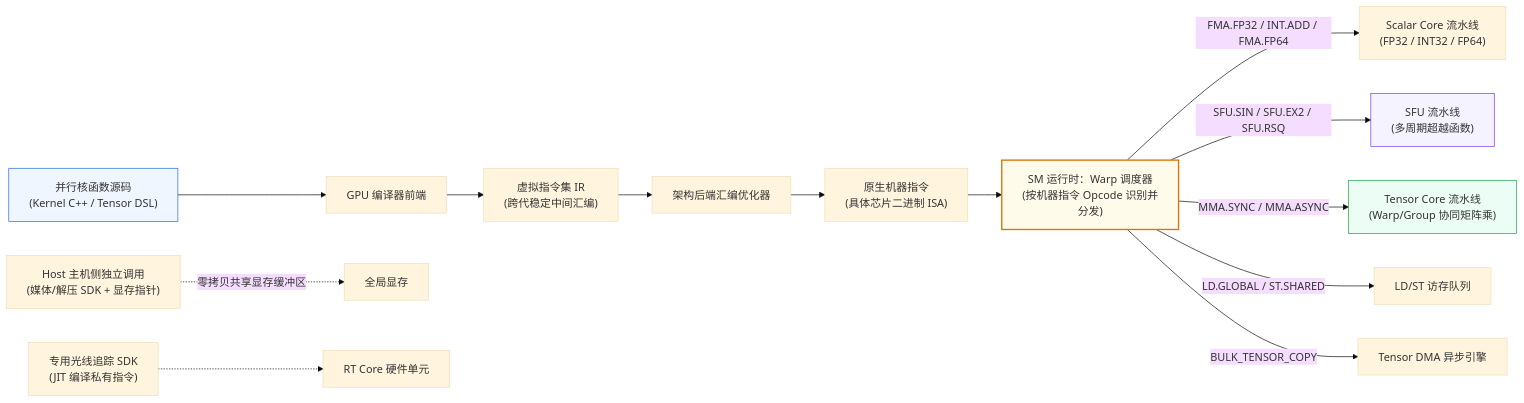
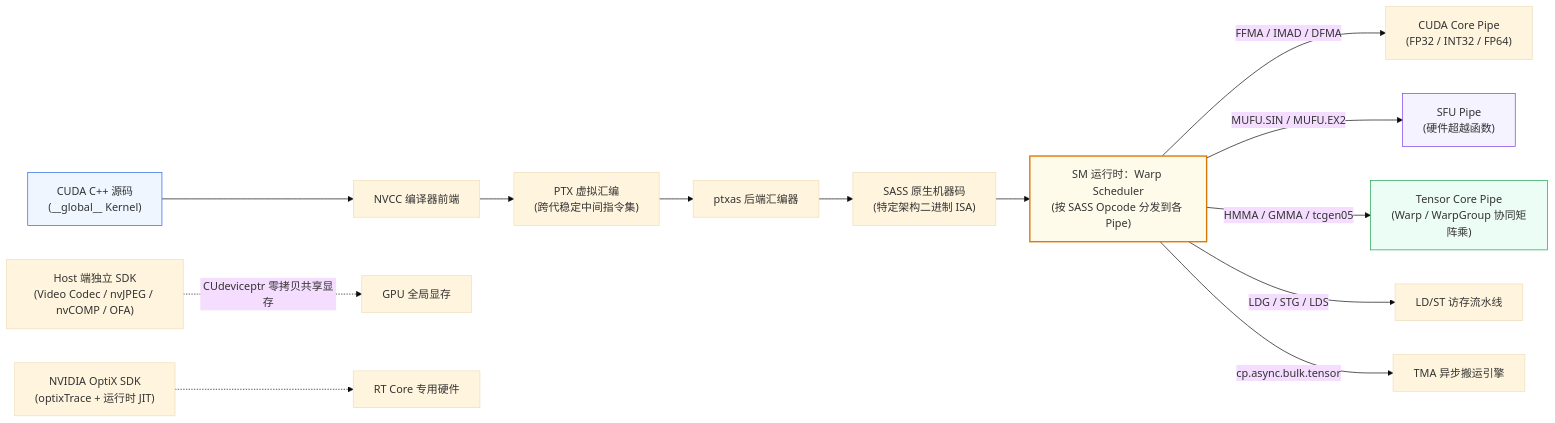
One commit to hqu-little-boy/blog changed the third of 7 diagrams in src/content/posts/gpu-heterogeneous-cores-programming-and-tensor-core-architecture-guide.md. Above: the diagram before and after it, drawn with Mermaid (base theme). The commit also changed other lines of this file, not shown here.

Commit message:
docs: 恢复 NVIDIA GPU 真实架构、CUDA/PTX/SASS 与官方 API/SDK 完整细节

````diff
--- a/src/content/posts/gpu-heterogeneous-cores-programming-and-tensor-core-architecture-guide.md
+++ b/src/content/posts/gpu-heterogeneous-cores-programming-and-tensor-core-architecture-guide.md
@@ -266,22 +246,22 @@
 ```mermaid
 flowchart LR
-    Src["并行核函数源码<br/>(Kernel C++ / Tensor DSL)"] --> FE["GPU 编译器前端"]
-    FE --> VISA["虚拟指令集 IR<br/>(跨代稳定中间汇编)"]
-    VISA --> BE["架构后端汇编优化器"]
-    BE --> NISA["原生机器指令<br/>(具体芯片二进制 ISA)"]
-    NISA --> Sched["SM 运行时：Warp 调度器<br/>(按机器指令 Opcode 识别并分发)"]
+    Src["CUDA C++ 源码<br/>(__global__ Kernel)"] --> NVCC["NVCC 编译器前端"]
+    NVCC --> PTX["PTX 虚拟汇编<br/>(跨代稳定中间指令集)"]
+    PTX --> PTXAS["ptxas 后端汇编器"]
+    PTXAS --> SASS["SASS 原生机器码<br/>(特定架构二进制 ISA)"]
+    SASS --> WS["SM 运行时：Warp Scheduler<br/>(按 SASS Opcode 分发到各 Pipe)"]
 
-    Sched -->|"FMA.FP32 / INT.ADD / FMA.FP64"| P1["Scalar Core 流水线<br/>(FP32 / INT32 / FP64)"]
-    Sched -->|"SFU.SIN / SFU.EX2 / SFU.RSQ"| P2["SFU 流水线<br/>(多周期超越函数)"]
-    Sched -->|"MMA.SYNC / MMA.ASYNC"| P3["Tensor Core 流水线<br/>(Warp/Group 协同矩阵乘)"]
-    Sched -->|"LD.GLOBAL / ST.SHARED"| P4["LD/ST 访存队列"]
-    Sched -->|"BULK_TENSOR_COPY"| P5["Tensor DMA 异步引擎"]
+    WS -->|"FFMA / IMAD / DFMA"| P1["CUDA Core Pipe<br/>(FP32 / INT32 / FP64)"]
+    WS -->|"MUFU.SIN / MUFU.EX2"| P2["SFU Pipe<br/>(硬件超越函数)"]
+    WS -->|"HMMA / GMMA / tcgen05"| P3["Tensor Core Pipe<br/>(Warp / WarpGroup 协同矩阵乘)"]
+    WS -->|"LDG / STG / LDS"| P4["LD/ST 访存流水线"]
+    WS -->|"cp.async.bulk.tensor"| P5["TMA 异步搬运引擎"]
 
-    Host["Host 主机侧独立调用<br/>(媒体/解压 SDK + 显存指针)"] -.->|"零拷贝共享显存缓冲区"| VRAM["全局显存"]
-    RaySDK["专用光线追踪 SDK<br/>(JIT 编译私有指令)"] -.-> P6["RT Core 硬件单元"]
+    Host["Host 端独立 SDK<br/>(Video Codec / nvJPEG / nvCOMP / OFA)"] -.->|"CUdeviceptr 零拷贝共享显存"| VRAM["GPU 全局显存"]
+    OptiX["NVIDIA OptiX SDK<br/>(optixTrace + 运行时 JIT)"] -.-> P6["RT Core 专用硬件"]
 
     style Src fill:#eff6ff,stroke:#2563eb
-    style Sched fill:#fffbeb,stroke:#d97706,stroke-width:2px
+    style WS fill:#fffbeb,stroke:#d97706,stroke-width:2px
     style P3 fill:#ecfdf5,stroke:#16a34a
     style P2 fill:#f5f3ff,stroke:#7c3aed
 ```
````
